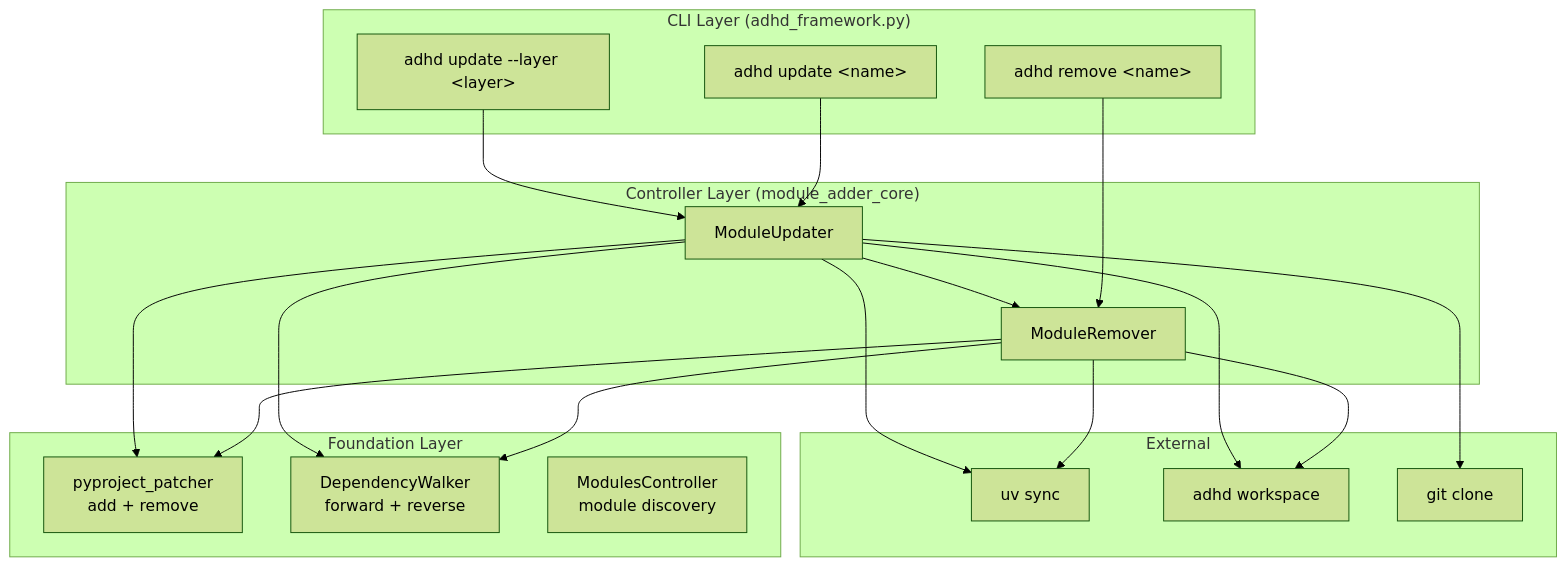
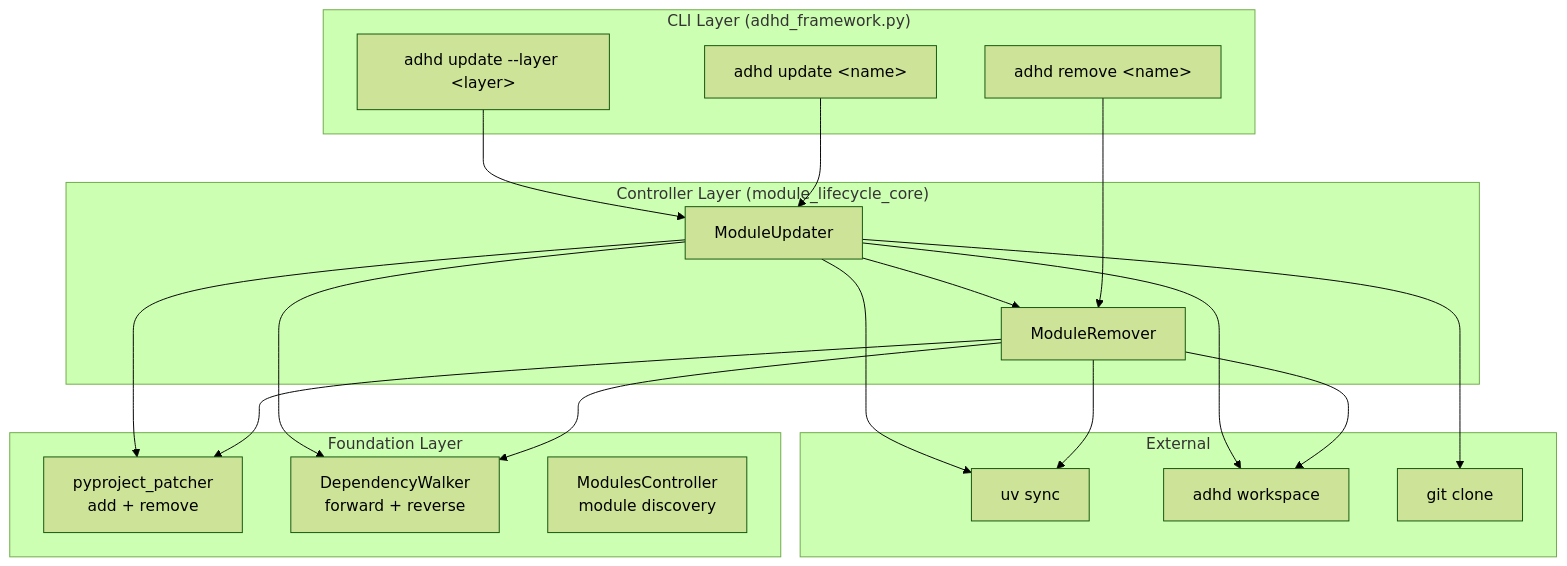
One commit to AI-Driven-Highspeed-Development/adhd_framework_v3 changed the first of 3 diagrams in .agent_plan/day_dream/module-lifecycle/architecture.md. Above: the diagram before and after it, drawn with Mermaid (forest theme). The commit also changed other lines of this file and 66 other files, not shown here.

First line of the commit message:
Add unit tests for module lifecycle management and pyproject manipulation

````diff
--- a/.agent_plan/day_dream/module-lifecycle/architecture.md
+++ b/.agent_plan/day_dream/module-lifecycle/architecture.md
@@ -54,41 +54,41 @@
 ```mermaid
 flowchart TB
     subgraph "CLI Layer (adhd_framework.py)"
         RM["adhd remove &lt;name&gt;"]
         UP["adhd update &lt;name&gt;"]
         BU["adhd update --layer &lt;layer&gt;"]
     end
 
-    subgraph "Controller Layer (module_adder_core)"
+    subgraph "Controller Layer (module_lifecycle_core)"
         MR["ModuleRemover"]
         MU["ModuleUpdater"]
     end
 
     subgraph "Foundation Layer"
         PP["pyproject_patcher<br/>add + remove"]
         DW["DependencyWalker<br/>forward + reverse"]
         MC["ModulesController<br/>module discovery"]
     end
 
     subgraph "External"
         UV["uv sync"]
         WS["adhd workspace"]
         GIT["git clone"]
     end
 
     RM --> MR
     UP --> MU
     BU --> MU
 
     MR --> PP
     MR --> DW
     MR --> UV
     MR --> WS
 
     MU --> MR
     MU --> PP
     MU --> DW
     MU --> GIT
     MU --> UV
     MU --> WS
 ```
````
